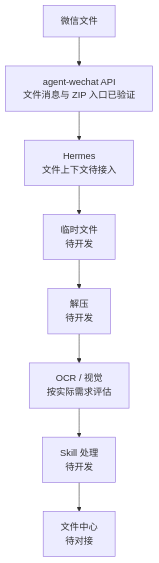
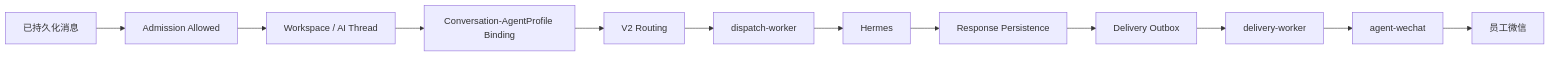
Before and after one commit to Tangbohu09527/CF_ecommerce-automation-docs: the second of 2 diagrams in architecture/message-flow.md, drawn with Mermaid. The commit also changed other lines of this file and 15 other files, not shown here.

Commit message:
docs: sync WeChat gateway production architecture and status

````diff
--- a/architecture/message-flow.md
+++ b/architecture/message-flow.md
@@ -74,10 +31,14 @@
 ```mermaid
-flowchart TB
-    E["微信文件"] --> W["agent-wechat API<br/>文件消息与 ZIP 入口已验证"]
-    W --> H["Hermes<br/>文件上下文待接入"]
-    H --> T["临时文件<br/>待开发"]
-    T --> U["解压<br/>待开发"]
-    U --> V["OCR / 视觉<br/>按实际需求评估"]
-    V --> S["Skill 处理<br/>待开发"]
-    S --> F["文件中心<br/>待对接"]
+flowchart LR
+    M["已持久化消息"] --> AD["Admission Allowed"]
+    AD --> W["Workspace / AI Thread"]
+    W --> P["Conversation-AgentProfile Binding"]
+    P --> R["V2 Routing"]
+    R --> D["dispatch-worker"]
+    D --> H["Hermes"]
+    H --> RP["Response Persistence"]
+    RP --> O["Delivery Outbox"]
+    O --> DL["delivery-worker"]
+    DL --> AW["agent-wechat"]
+    AW --> E["员工微信"]
 ```
````
